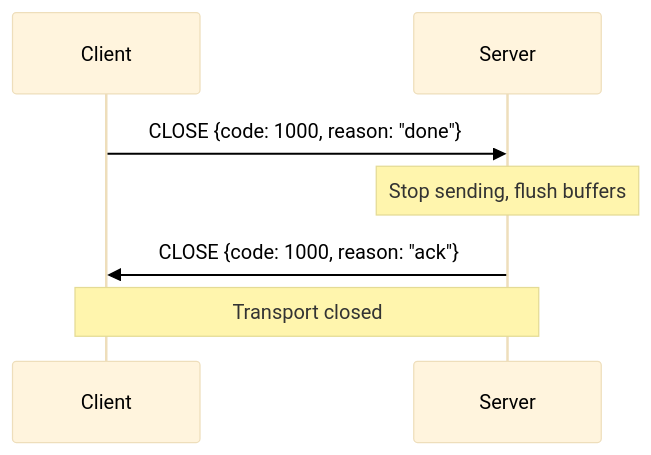
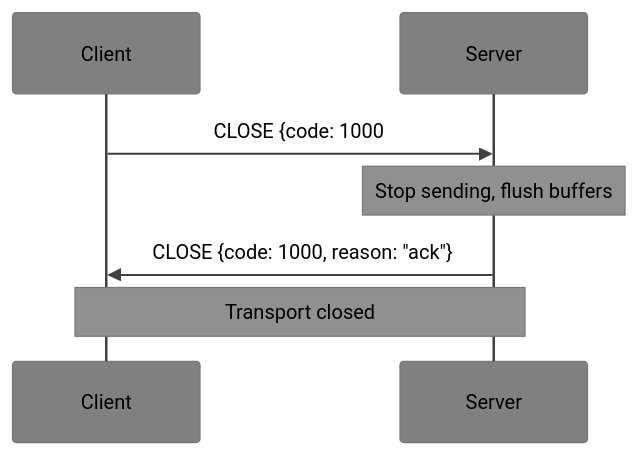
Before and after one commit to deftai/xumux: diagram 14 of 16 in README.md, drawn with Mermaid. The commit also changed other lines of this file, not shown here.

Commit message:
docs: apply grayscale theme to all README mermaid diagrams

````diff
--- a/README.md
+++ b/README.md
@@ -577,11 +577,11 @@
 ```mermaid
-%%{init: {'theme': 'base', 'themeVariables': {'primaryTextColor': '#000', 'lineColor': '#333'}}}%%
+%%{init: {'theme': 'base', 'themeVariables': {'primaryTextColor': '#000000', 'secondaryTextColor': '#000000', 'tertiaryTextColor': '#000000', 'noteTextColor': '#000000', 'primaryColor': '#909090', 'secondaryColor': '#808080', 'tertiaryColor': '#707070', 'lineColor': '#404040', 'actorLineColor': '#404040', 'signalColor': '#404040', 'actorBkg': '#808080', 'actorTextColor': '#000000', 'noteBkgColor': '#909090'}}}%%
 sequenceDiagram
     participant C as Client
     participant S as Server
 
-    C->>S: CLOSE {code: 1000, reason: "done"}
+    C->>S: CLOSE {code: 1000
     Note over S: Stop sending, flush buffers
     S->>C: CLOSE {code: 1000, reason: "ack"}
     Note over C,S: Transport closed
 ```
````
